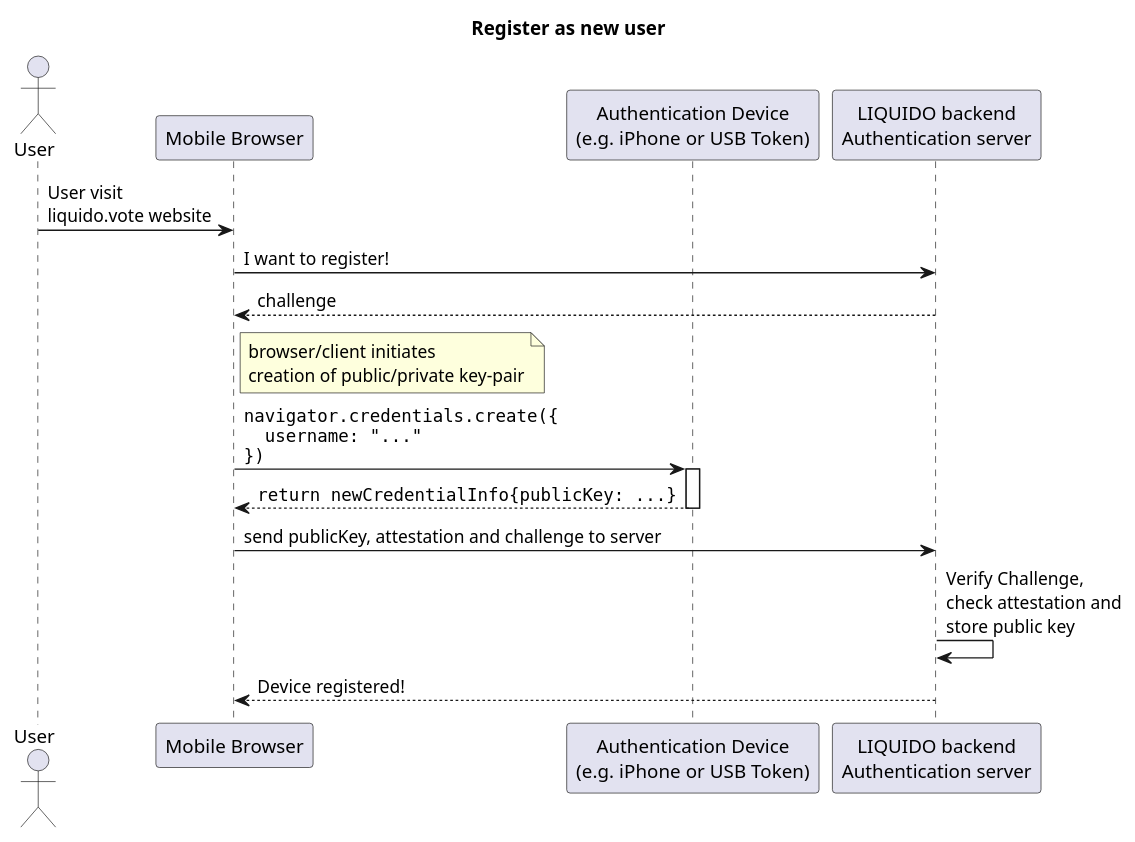
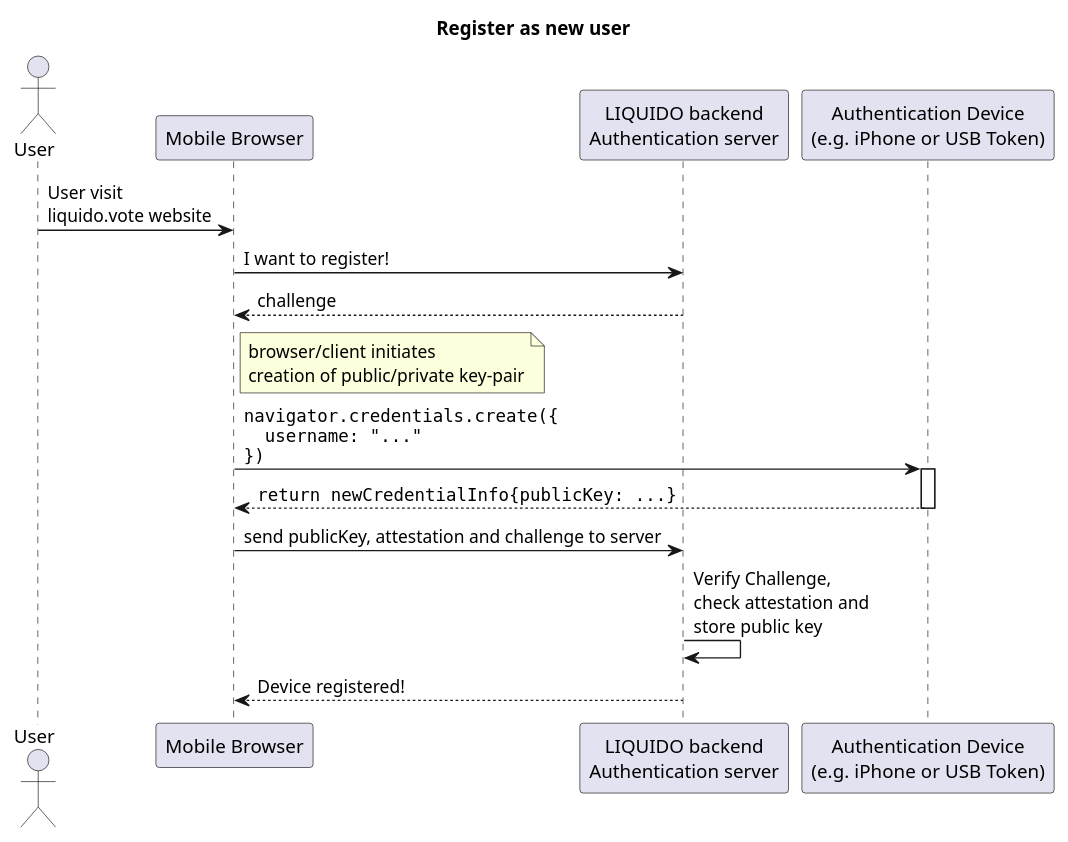
Before and after one commit to Doogiemuc/liquido-backend-quarkus: the diagram in docs/WebAuthn.puml, drawn with PlantUML. The commit also changed other lines of this file and 13 other files, not shown here.

```diff
--- a/docs/WebAuthn.puml
+++ b/docs/WebAuthn.puml
@@ -1,25 +1,25 @@
 @startuml
 
 title Register as new user
 
 actor User
 participant "Mobile Browser" as browser
+participant "LIQUIDO backend\nAuthentication server" as server
 participant "Authentication Device\n(e.g. iPhone or USB Token)" as authenticator
-participant "LIQUIDO backend\nAuthentication server" as server
 
 User -> browser: User visit\nliquido.vote website
 browser -> server: I want to register!
 server --> browser: challenge
 
 note right of browser: browser/client initiates\ncreation of public/private key-pair
 browser -> authenticator: ""navigator.credentials.create({""\n""  username: "..." ""\n""})""
 activate authenticator
 
 authenticator --> browser: ""return newCredentialInfo{publicKey: ...}""
 deactivate authenticator
 
 browser -> server: send publicKey, attestation and challenge to server
 server -> server: Verify Challenge,\ncheck attestation and\nstore public key
 server --> browser: Device registered!
 
 @enduml
```
